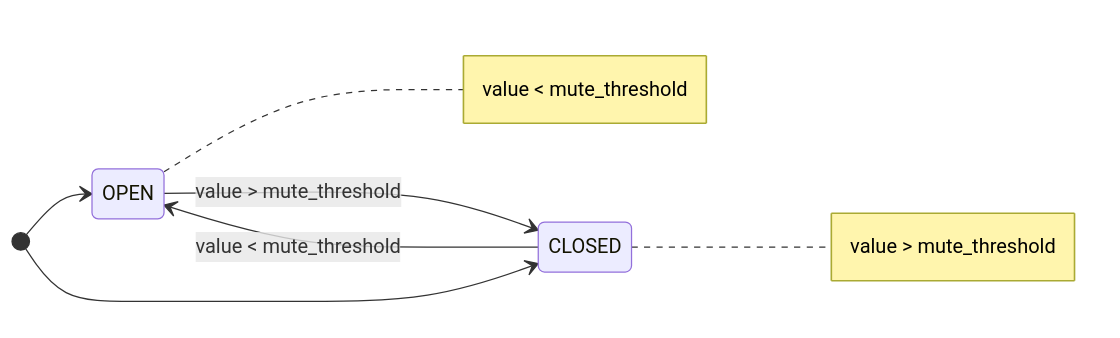
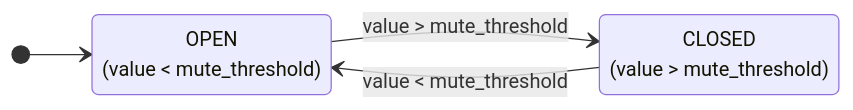
The sixth of 7 diagrams in docs/architecture_diagrams.md (Thibak/PCh), drawn with Mermaid before and after one commit. The commit also changed other lines of this file and 6 other files, not shown here.

````diff
--- a/docs/architecture_diagrams.md
+++ b/docs/architecture_diagrams.md
@@ -227,12 +227,11 @@
 ```mermaid
 stateDiagram
     direction LR
     [*] --> OPEN
-    [*] --> CLOSED
-
-    note right of OPEN : value < mute_threshold
-    note right of CLOSED : value > mute_threshold
+    
+    OPEN : OPEN<br/>(value < mute_threshold)
+    CLOSED : CLOSED<br/>(value > mute_threshold)
 
     OPEN --> CLOSED : value > mute_threshold
     CLOSED --> OPEN : value < mute_threshold
 ```
````
